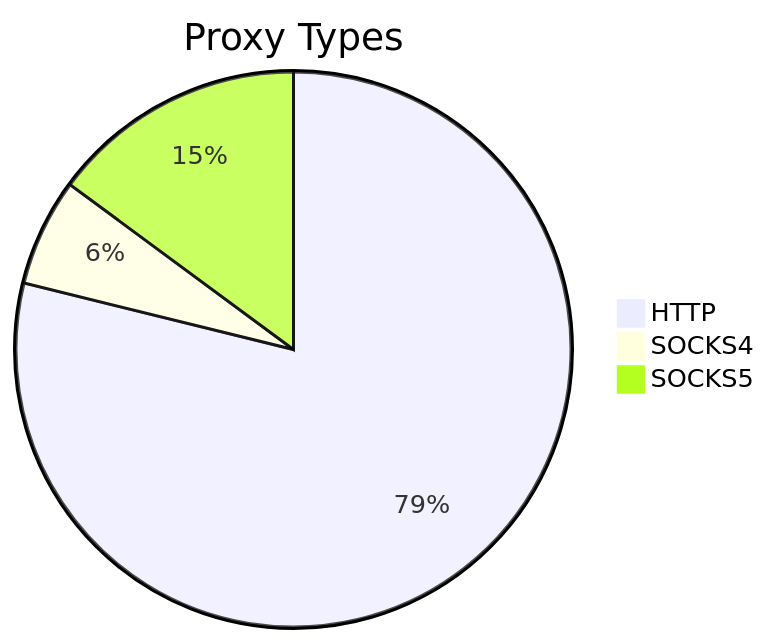
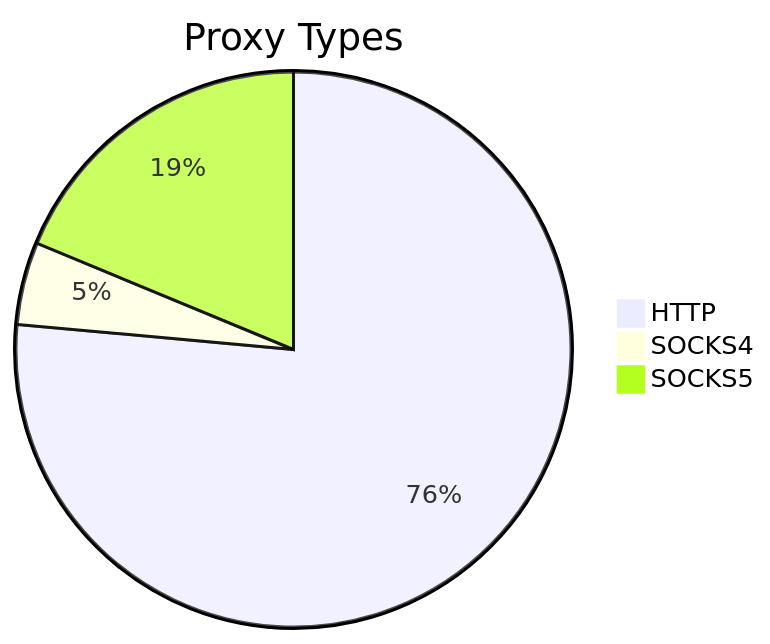
Before and after one commit to stormsia/proxy-list: the first of 2 diagrams in README.md, drawn with Mermaid. The commit also changed other lines of this file, not shown here.

````diff
--- a/README.md
+++ b/README.md
@@ -21,6 +21,6 @@
 ```mermaid
 pie title Proxy Types
-    "HTTP" : 302
-    "SOCKS4" : 24
-    "SOCKS5" : 57
+    "HTTP" : 159
+    "SOCKS4" : 10
+    "SOCKS5" : 39
 ```
````
